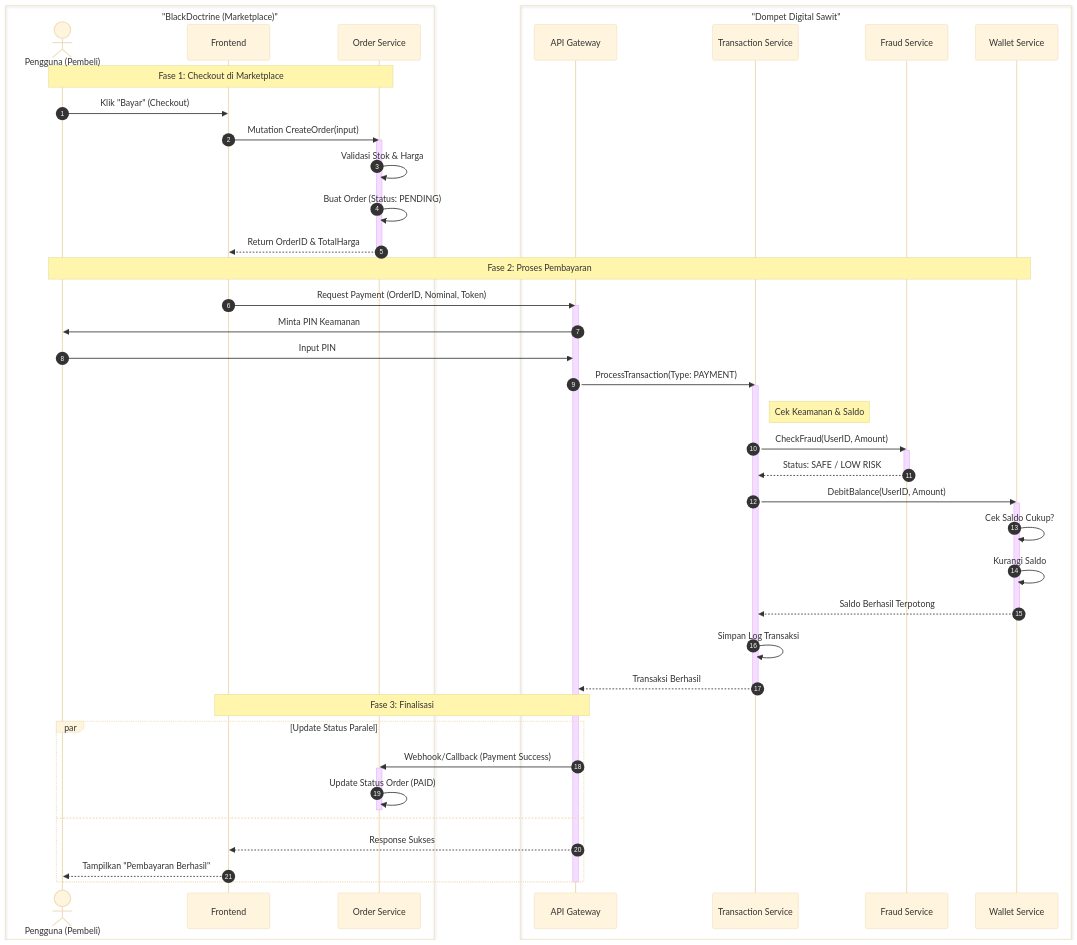
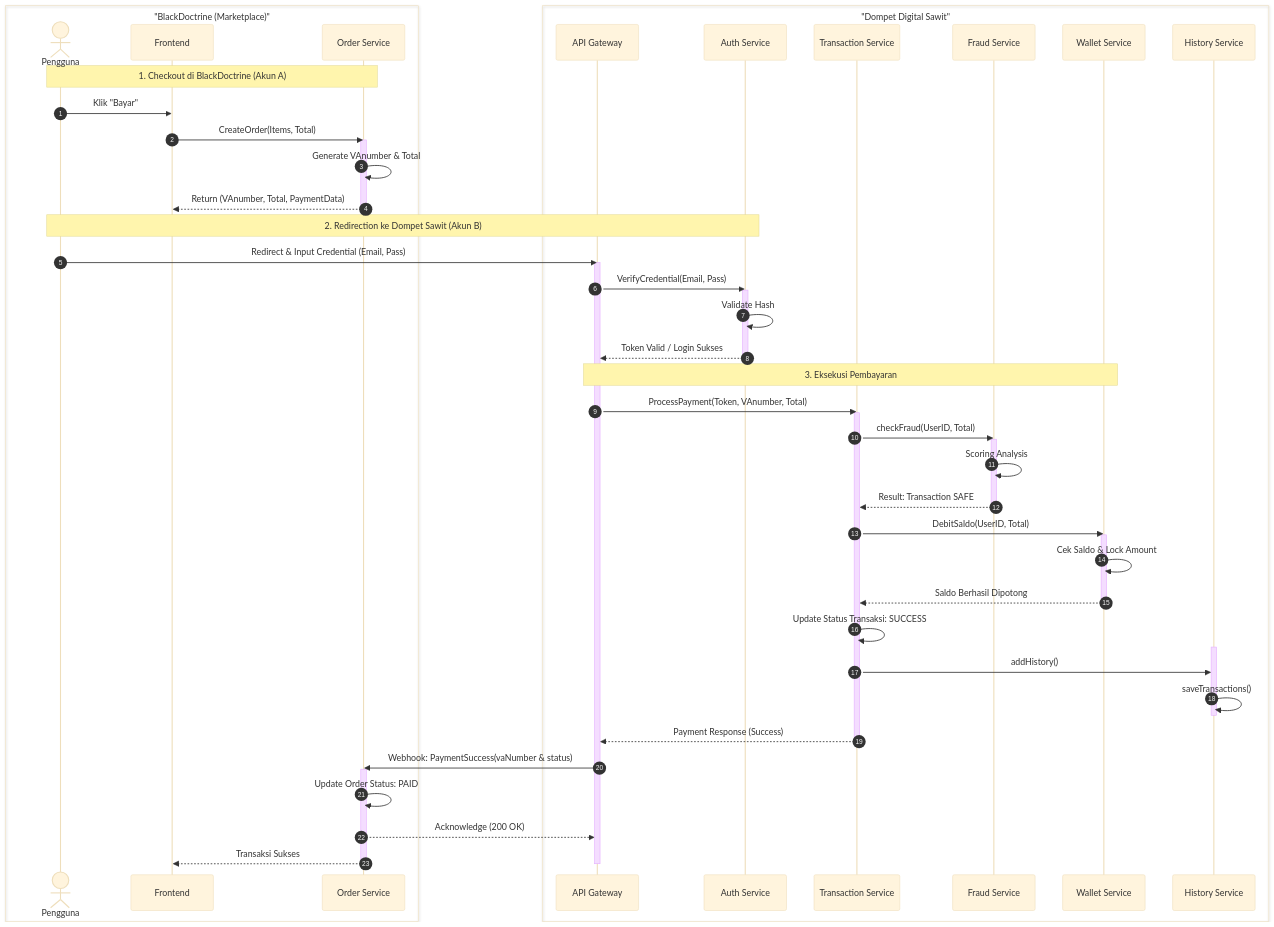
One commit to AAkmalAmran/Project-UAS-IAE_Dompet-Digital-Sawit changed the second of 2 diagrams in readme.md. Above: the diagram before and after it, drawn with Mermaid (base theme).

Commit message:
Revise payment process in sequence diagram
Updated sequence diagram in README to reflect changes in payment process and transaction handling.

````diff
--- a/readme.md
+++ b/readme.md
@@ -331,69 +331,77 @@
 ```mermaid
 sequenceDiagram
     autonumber
     
     box "BlackDoctrine (Marketplace)" #FFFFFF
-        actor User as Pengguna (Pembeli)
+        actor User as Pengguna
         participant FE as Frontend
         participant Order as Order Service
     end
 
     box "Dompet Digital Sawit" #1E4D2B
         participant Gateway as API Gateway
+        participant Auth as Auth Service
         participant Trans as Transaction Service
         participant Fraud as Fraud Service
         participant Wallet as Wallet Service
+        participant History as History Service
     end
 
-    Note over User, Order: Fase 1: Checkout di Marketplace
+    Note over User, Order: 1. Checkout di BlackDoctrine (Akun A)
 
-    User->>FE: Klik "Bayar" (Checkout)
-    FE->>Order: Mutation CreateOrder(input)
+    User->>FE: Klik "Bayar"
+    FE->>Order: CreateOrder(Items, Total)
     activate Order
-    Order->>Order: Validasi Stok & Harga
-    Order->>Order: Buat Order (Status: PENDING)
-    Order-->>FE: Return OrderID & TotalHarga
+    Order->>Order: Generate VAnumber & Total
+    Order-->>FE: Return (VAnumber, Total, PaymentData)
     deactivate Order
 
-    Note over User, Wallet: Fase 2: Proses Pembayaran
+    Note over User, Auth: 2. Redirection ke Dompet Sawit (Akun B)
 
-    FE->>Gateway: Request Payment (OrderID, Nominal, Token)
+    User->>Gateway: Redirect & Input Credential (Email, Pass)
     activate Gateway
-    Gateway->>User: Minta PIN Keamanan
-    User->>Gateway: Input PIN
-    
-    Gateway->>Trans: ProcessTransaction(Type: PAYMENT)
+    Gateway->>Auth: VerifyCredential(Email, Pass)
+    activate Auth
+    Auth->>Auth: Validate Hash
+    Auth-->>Gateway: Token Valid / Login Sukses
+    deactivate Auth
+
+    Note over Gateway, Wallet: 3. Eksekusi Pembayaran
+
+    Gateway->>Trans: ProcessPayment(Token, VAnumber, Total)
     activate Trans
     
-    rect rgb(255, 255, 255)
-        Note right of Trans: Cek Keamanan & Saldo
-        Trans->>Fraud: CheckFraud(UserID, Amount)
+        Trans->>Fraud: checkFraud(UserID, Total)
         activate Fraud
-        Fraud-->>Trans: Status: SAFE / LOW RISK
+        Fraud->>Fraud: Scoring Analysis
+        Fraud-->>Trans: Result: Transaction SAFE
         deactivate Fraud
 
-        Trans->>Wallet: DebitBalance(UserID, Amount)
+        Trans->>Wallet: DebitSaldo(UserID, Total)
         activate Wallet
-        Wallet->>Wallet: Cek Saldo Cukup?
-        Wallet->>Wallet: Kurangi Saldo
-        Wallet-->>Trans: Saldo Berhasil Terpotong
+        Wallet->>Wallet: Cek Saldo & Lock Amount
+        Wallet-->>Trans: Saldo Berhasil Dipotong
         deactivate Wallet
-    end
+        Trans->>Trans: Update Status Transaksi: SUCCESS
 
-    Trans->>Trans: Simpan Log Transaksi
-    Trans-->>Gateway: Transaksi Berhasil
+        activate History
+        Trans->>History: addHistory()
+        History->>History: saveTransactions()
+        deactivate History
+
+    Trans-->>Gateway: Payment Response (Success)
+
     deactivate Trans
 
-    Note over Gateway, FE: Fase 3: Finalisasi
 
-    par Update Status Paralel
-        Gateway->>Order: Webhook/Callback (Payment Success)
-        activate Order
-        Order->>Order: Update Status Order (PAID)
-        deactivate Order
-    and
-        Gateway-->>FE: Response Sukses
-        FE-->>User: Tampilkan "Pembayaran Berhasil"
-    end
+    Gateway->>Order: Webhook: PaymentSuccess(vaNumber & status)
+
+    activate Order
+    Order->>Order: Update Order Status: PAID
+    Order-->>Gateway: Acknowledge (200 OK)
+    Order-->>FE: Transaksi Sukses
+    deactivate Order
+
+    
     deactivate Gateway
 ```
````
